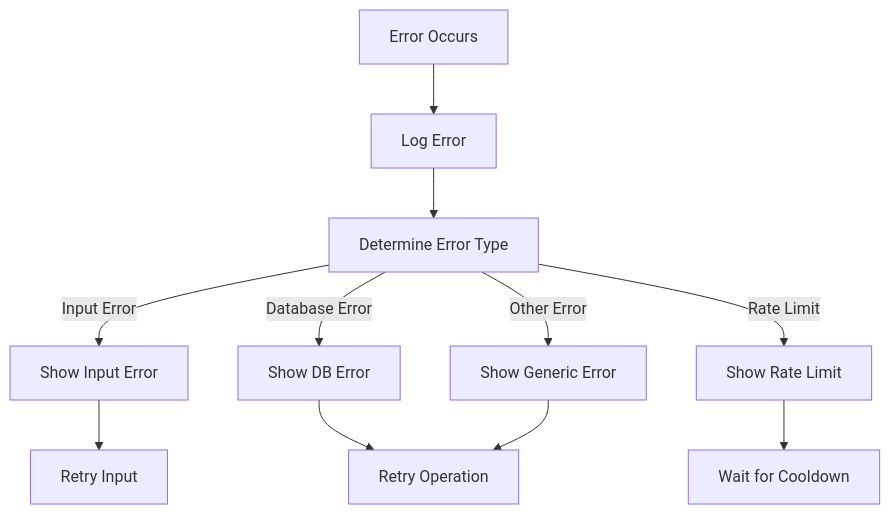
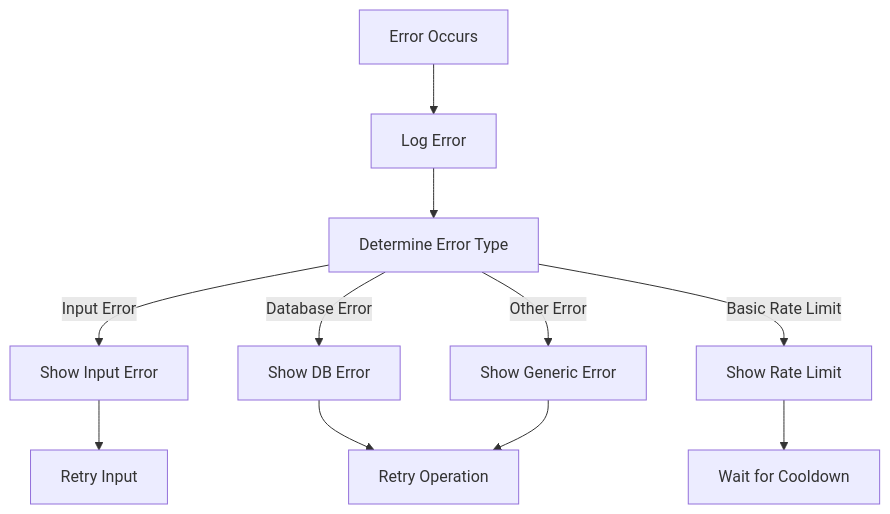
One commit to MitulShah1/expense-tracker-bot changed the diagram in docs/workflows/error-handling.md. Above: the diagram before and after it, drawn with Mermaid. The commit also changed other lines of this file and 34 other files, not shown here.

````diff
--- a/docs/workflows/error-handling.md
+++ b/docs/workflows/error-handling.md
@@ -5,15 +5,15 @@
 ```mermaid
 graph TD
     Error[Error Occurs] --> LogError[Log Error]
     LogError --> DetermineType[Determine Error Type]
     
     DetermineType --> |Input Error| ShowInputError[Show Input Error]
     DetermineType --> |Database Error| ShowDBError[Show DB Error]
-    DetermineType --> |Rate Limit| ShowRateLimit[Show Rate Limit]
+    DetermineType --> |Basic Rate Limit| ShowRateLimit[Show Rate Limit]
     DetermineType --> |Other Error| ShowGenericError[Show Generic Error]
     
     ShowInputError --> RetryInput[Retry Input]
     ShowDBError --> RetryOperation[Retry Operation]
     ShowRateLimit --> Wait[Wait for Cooldown]
     ShowGenericError --> RetryOperation
 ```
````
